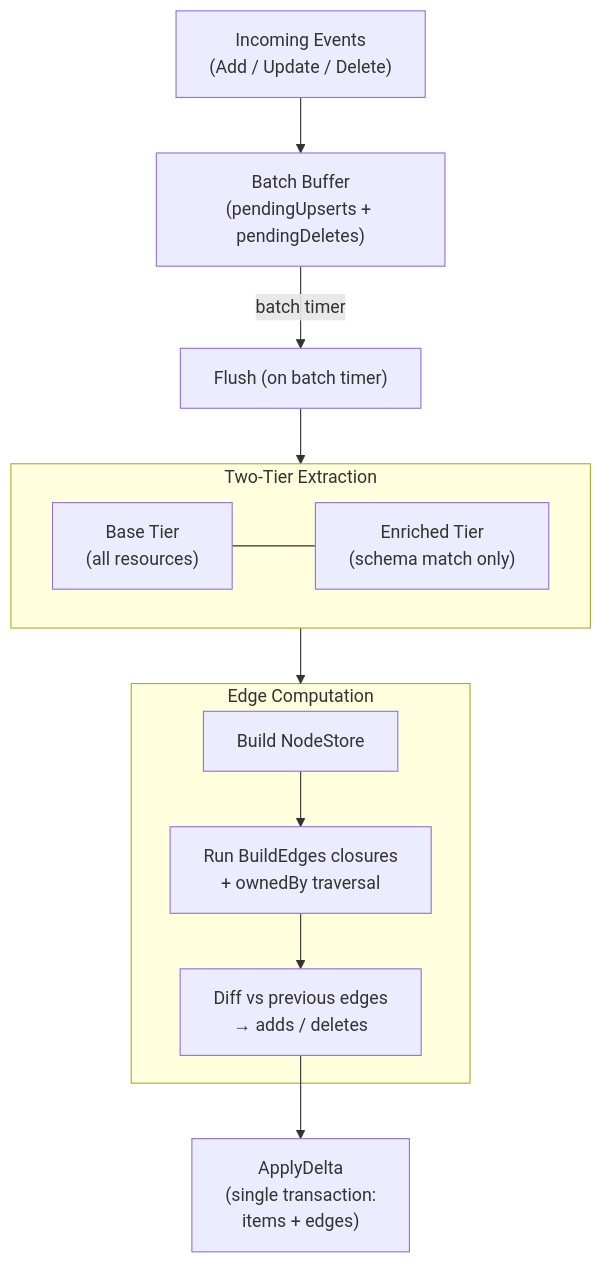
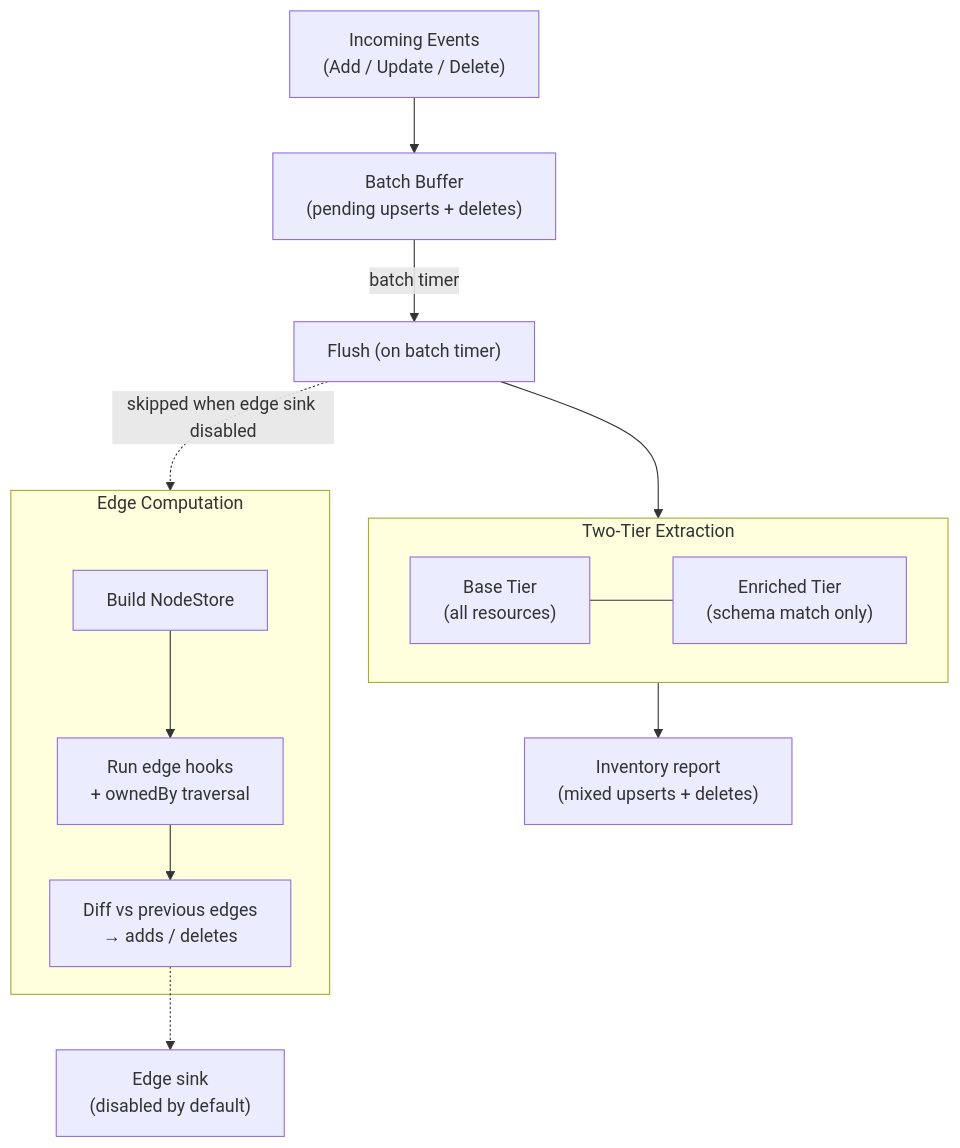
One commit to fleetshift/fleetshift-poc changed the second of 4 diagrams in docs/design/addons/kubernetes-addon-diagrams.md. Above: the diagram before and after it, drawn with Mermaid. The commit also changed other lines of this file and 1 other file, not shown here.

````diff
--- a/docs/design/addons/kubernetes-addon-diagrams.md
+++ b/docs/design/addons/kubernetes-addon-diagrams.md
@@ -61,24 +63,26 @@
 ```mermaid
 flowchart TD
     events["Incoming Events\n(Add / Update / Delete)"]
-    batch["Batch Buffer\n(pendingUpserts + pendingDeletes)"]
+    batch["Batch Buffer\n(pending upserts + deletes)"]
     flush["Flush (on batch timer)"]
 
     subgraph extraction["Two-Tier Extraction"]
         base["Base Tier\n(all resources)"]
         enriched["Enriched Tier\n(schema match only)"]
         base --- enriched
     end
 
     subgraph edges["Edge Computation"]
-        buildNS["Build NodeStore"] --> runEdges["Run BuildEdges closures\n+ ownedBy traversal"]
+        buildNS["Build NodeStore"] --> runEdges["Run edge hooks\n+ ownedBy traversal"]
         runEdges --> diff["Diff vs previous edges\n→ adds / deletes"]
     end
 
-    apply["ApplyDelta\n(single transaction:\nitems + edges)"]
+    apply["Inventory report\n(mixed upserts + deletes)"]
+    sink["Edge sink\n(disabled by default)"]
 
     events --> batch
     batch -->|"batch timer"| flush
-    flush --> extraction --> edges
-    diff --> apply
+    flush --> extraction --> apply
+    flush -.->|"skipped when edge sink disabled"| edges
+    diff -.-> sink
 ```
````
